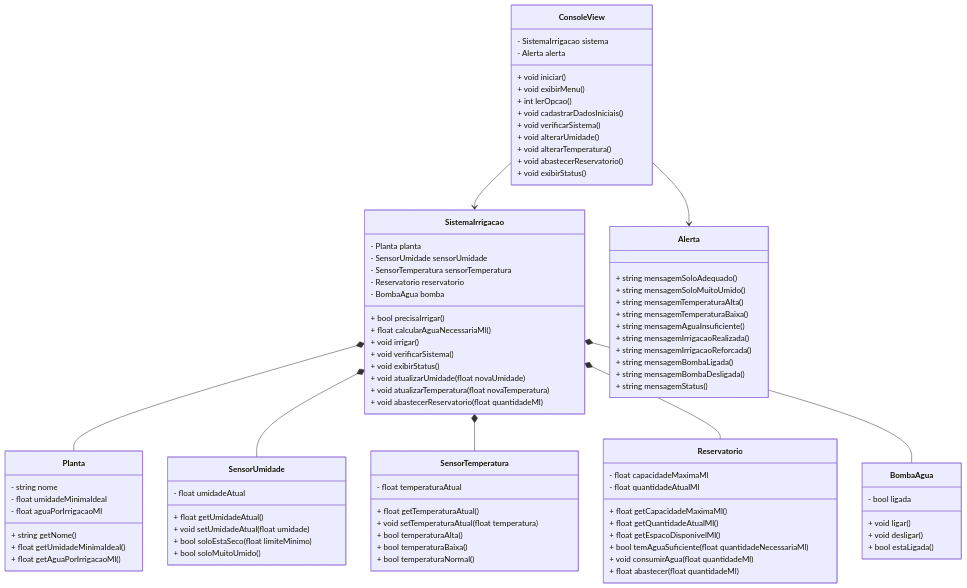
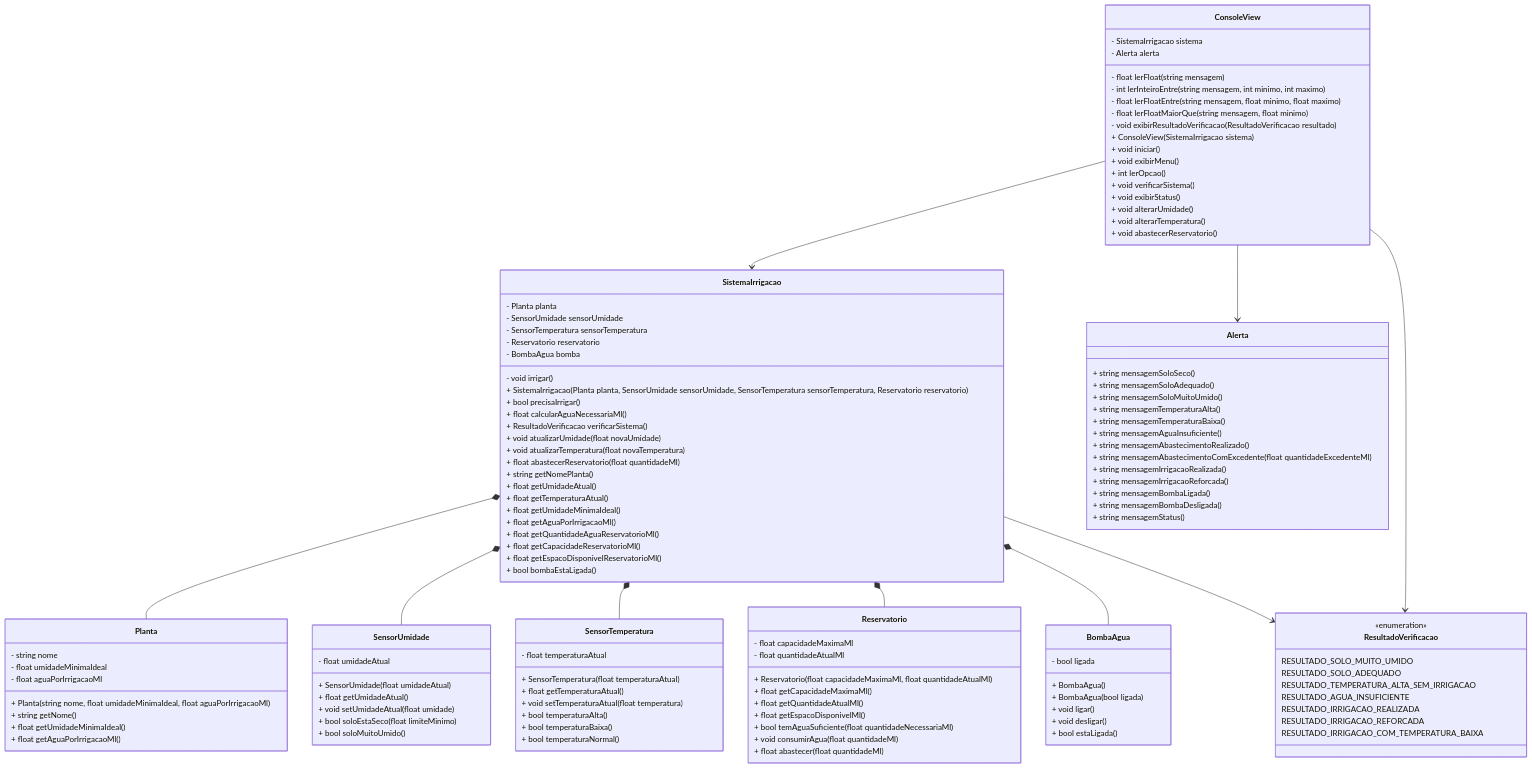
The diagram in Docs/arquitetura/diagrama-de-classes.md (KogaKleins/SistemaIrrigacao), drawn with Mermaid before and after one commit. The commit also changed other lines of this file and 31 other files, not shown here.

````diff
--- a/Docs/arquitetura/diagrama-de-classes.md
+++ b/Docs/arquitetura/diagrama-de-classes.md
@@ -38,6 +40,7 @@
         - string nome
         - float umidadeMinimaIdeal
         - float aguaPorIrrigacaoMl
+        + Planta(string nome, float umidadeMinimaIdeal, float aguaPorIrrigacaoMl)
         + string getNome()
         + float getUmidadeMinimaIdeal()
         + float getAguaPorIrrigacaoMl()
@@ -45,6 +48,7 @@
 
     class SensorUmidade {
         - float umidadeAtual
+        + SensorUmidade(float umidadeAtual)
         + float getUmidadeAtual()
         + void setUmidadeAtual(float umidade)
         + bool soloEstaSeco(float limiteMinimo)
@@ -53,6 +57,7 @@
 
     class SensorTemperatura {
         - float temperaturaAtual
+        + SensorTemperatura(float temperaturaAtual)
         + float getTemperaturaAtual()
         + void setTemperaturaAtual(float temperatura)
         + bool temperaturaAlta()
@@ -63,6 +68,7 @@
     class Reservatorio {
         - float capacidadeMaximaMl
         - float quantidadeAtualMl
+        + Reservatorio(float capacidadeMaximaMl, float quantidadeAtualMl)
         + float getCapacidadeMaximaMl()
         + float getQuantidadeAtualMl()
         + float getEspacoDisponivelMl()
@@ -73,9 +79,22 @@
 
     class BombaAgua {
         - bool ligada
+        + BombaAgua()
+        + BombaAgua(bool ligada)
         + void ligar()
         + void desligar()
         + bool estaLigada()
+    }
+
+    class ResultadoVerificacao {
+        <<enumeration>>
+        RESULTADO_SOLO_MUITO_UMIDO
+        RESULTADO_SOLO_ADEQUADO
+        RESULTADO_TEMPERATURA_ALTA_SEM_IRRIGACAO
+        RESULTADO_AGUA_INSUFICIENTE
+        RESULTADO_IRRIGACAO_REALIZADA
+        RESULTADO_IRRIGACAO_REFORCADA
+        RESULTADO_IRRIGACAO_COM_TEMPERATURA_BAIXA
     }
 
     class SistemaIrrigacao {
@@ -84,22 +103,34 @@
         - SensorTemperatura sensorTemperatura
         - Reservatorio reservatorio
         - BombaAgua bomba
+        - void irrigar()
+        + SistemaIrrigacao(Planta planta, SensorUmidade sensorUmidade, SensorTemperatura sensorTemperatura, Reservatorio reservatorio)
         + bool precisaIrrigar()
         + float calcularAguaNecessariaMl()
-        + void irrigar()
-        + void verificarSistema()
-        + void exibirStatus()
+        + ResultadoVerificacao verificarSistema()
         + void atualizarUmidade(float novaUmidade)
         + void atualizarTemperatura(float novaTemperatura)
-        + void abastecerReservatorio(float quantidadeMl)
+        + float abastecerReservatorio(float quantidadeMl)
+        + string getNomePlanta()
+        + float getUmidadeAtual()
+        + float getTemperaturaAtual()
+        + float getUmidadeMinimaIdeal()
+        + float getAguaPorIrrigacaoMl()
+        + float getQuantidadeAguaReservatorioMl()
+        + float getCapacidadeReservatorioMl()
+        + float getEspacoDisponivelReservatorioMl()
+        + bool bombaEstaLigada()
     }
 
     class Alerta {
+        + string mensagemSoloSeco()
         + string mensagemSoloAdequado()
         + string mensagemSoloMuitoUmido()
         + string mensagemTemperaturaAlta()
         + string mensagemTemperaturaBaixa()
         + string mensagemAguaInsuficiente()
+        + string mensagemAbastecimentoRealizado()
+        + string mensagemAbastecimentoComExcedente(float quantidadeExcedenteMl)
         + string mensagemIrrigacaoRealizada()
         + string mensagemIrrigacaoReforcada()
         + string mensagemBombaLigada()
@@ -110,15 +141,20 @@
     class ConsoleView {
         - SistemaIrrigacao sistema
         - Alerta alerta
+        - float lerFloat(string mensagem)
+        - int lerInteiroEntre(string mensagem, int minimo, int maximo)
+        - float lerFloatEntre(string mensagem, float minimo, float maximo)
+        - float lerFloatMaiorQue(string mensagem, float minimo)
+        - void exibirResultadoVerificacao(ResultadoVerificacao resultado)
+        + ConsoleView(SistemaIrrigacao sistema)
         + void iniciar()
         + void exibirMenu()
         + int lerOpcao()
-        + void cadastrarDadosIniciais()
         + void verificarSistema()
+        + void exibirStatus()
         + void alterarUmidade()
         + void alterarTemperatura()
         + void abastecerReservatorio()
-        + void exibirStatus()
     }
 
     SistemaIrrigacao *-- Planta
@@ -126,6 +162,8 @@
     SistemaIrrigacao *-- SensorTemperatura
     SistemaIrrigacao *-- Reservatorio
     SistemaIrrigacao *-- BombaAgua
+    SistemaIrrigacao --> ResultadoVerificacao
     ConsoleView --> SistemaIrrigacao
     ConsoleView --> Alerta
+    ConsoleView --> ResultadoVerificacao
 ```
````
